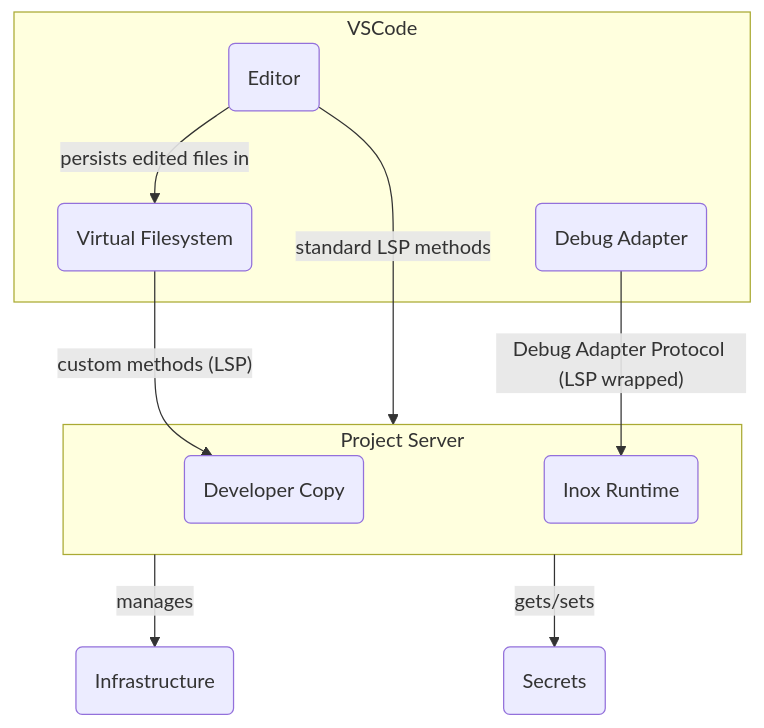
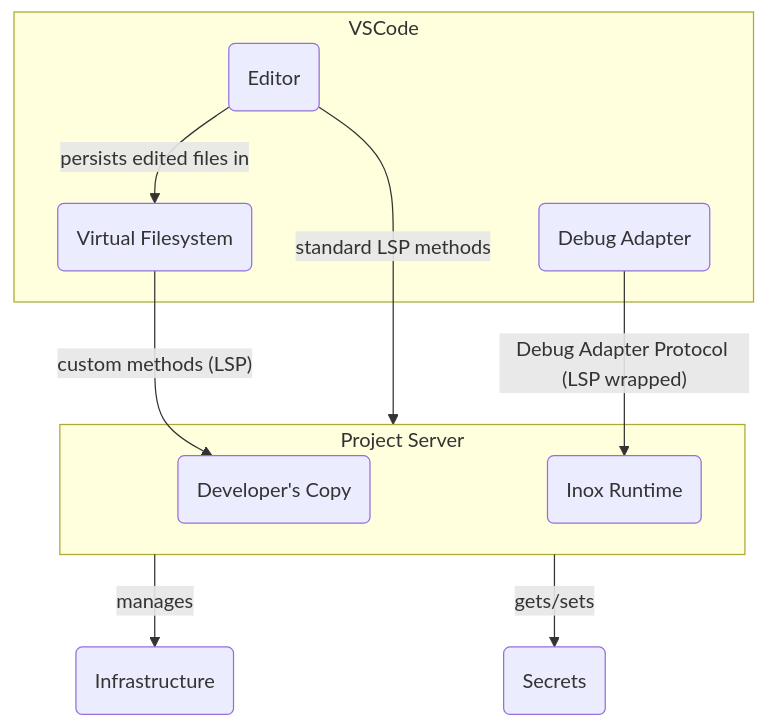
Before and after one commit to inoxlang/inox: the first of 2 diagrams in README.md, drawn with Mermaid. The commit also changed other lines of this file, not shown here.

````diff
--- a/README.md
+++ b/README.md
@@ -162,24 +162,24 @@
 ```mermaid
 flowchart TB
 
 subgraph VSCode
   VSCodeVFS(Virtual Filesystem)
   Editor
   Editor --> |persists edited files in| VSCodeVFS
   DebugAdapter
 end
 
 Editor(Editor) --> |standard LSP methods| ProjectServer
 
 VSCodeVFS --> |"custom methods (LSP)"| DeveloperCopy
 
 DebugAdapter(Debug Adapter) -->|"Debug Adapter Protocol (LSP wrapped)"| Runtime(Inox Runtime)
 
 subgraph ProjectServer[Project Server]
   Runtime
-  DeveloperCopy(Developer Copy)
+  DeveloperCopy(Developer's Copy)
 end
 
 ProjectServer -->|manages| Infrastructure(Infrastructure)
 ProjectServer -->|gets/sets| Secrets(Secrets)
 ```
````
